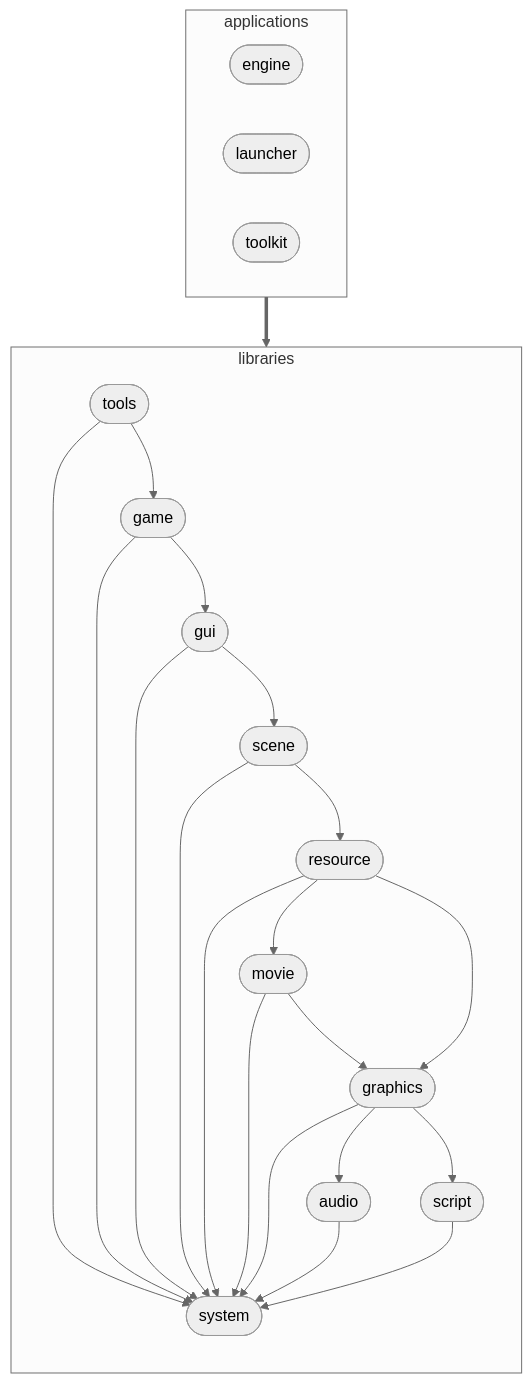
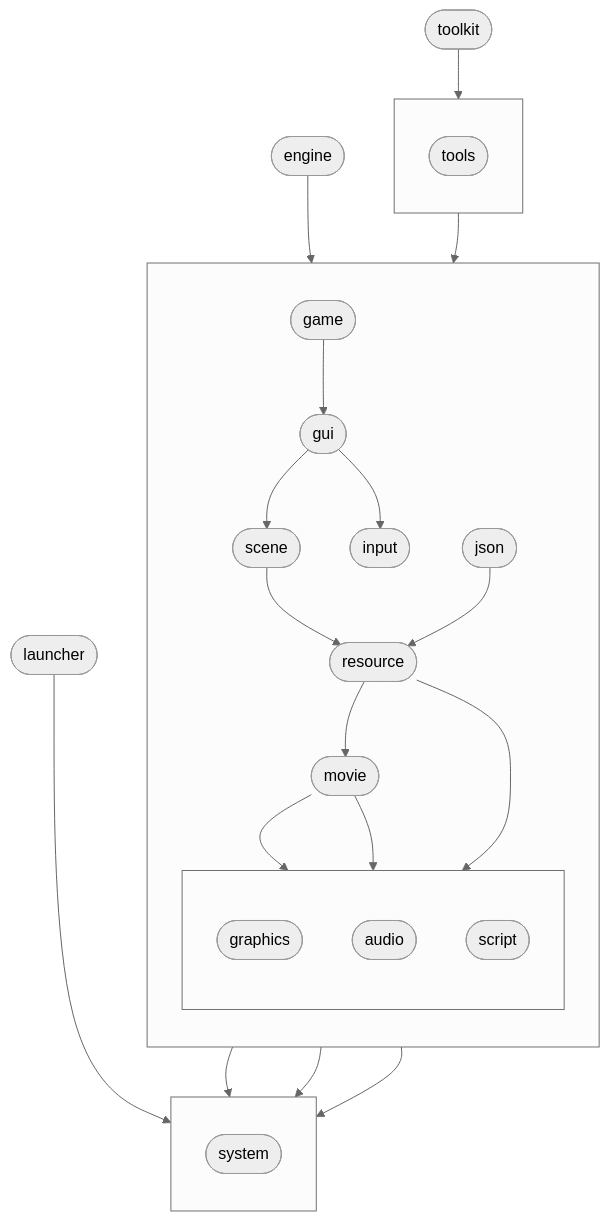
The first of 2 diagrams in doc/project-architecture.md (modawan/reone), drawn with Mermaid (neutral theme) before and after one commit.

Commit message:
[doc] Actualize modules diagram in Project Architecture

````diff
--- a/doc/project-architecture.md
+++ b/doc/project-architecture.md
@@ -5,31 +5,55 @@
 ```mermaid
 flowchart TD
-    subgraph applications["applications"]
-        direction LR
-        engine([engine])
-        launcher([launcher])
-        toolkit([toolkit])
+    engine([engine])
+    toolkit([toolkit])
+    launcher([launcher])
+
+    subgraph toolslib[" "]
+        direction TB
+        tools([tools])
     end
 
-    subgraph libraries["libraries"]
+    subgraph enginelibs[" "]
         direction TB
-        tools([tools])
         game([game])
         gui([gui])
         scene([scene])
         resource([resource])
         movie([movie])
-        graphics([graphics])
-        audio([audio])
-        script([script])
-        system([system])
+        input([input])
+        json([json])
 
-        tools --> game --> gui --> scene --> resource --> movie --> graphics
-        resource --> graphics
-        graphics --> audio
-        graphics --> script
-        tools & game & gui & scene & resource & movie & graphics & audio & script --> system
+        subgraph services[" "]
+            direction TB
+            graphics([graphics])
+            audio([audio])
+            script([script])
+        end
     end
 
-    applications ==> libraries
+    subgraph systemlib[" "]
+        direction TB
+        system([system])
+    end
+
+    engine --> game
+    toolkit --> tools
+    launcher --> system
+
+    tools --> game
+    game --> gui
+    gui --> scene
+    gui --> input
+    scene --> resource
+    json --> resource
+    resource --> movie
+    movie --> graphics
+
+    movie --> audio
+    resource --> script
+
+    system
+    graphics --> system
+    audio --> system
+    script --> system
 ```
````
